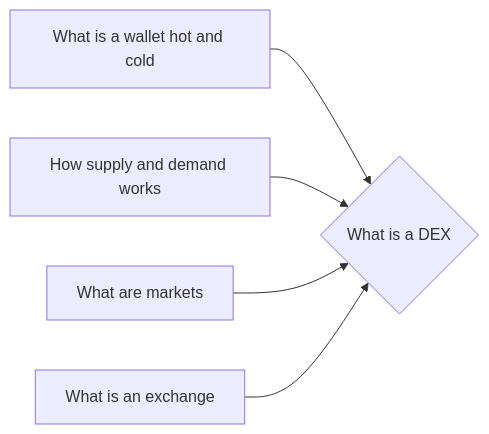
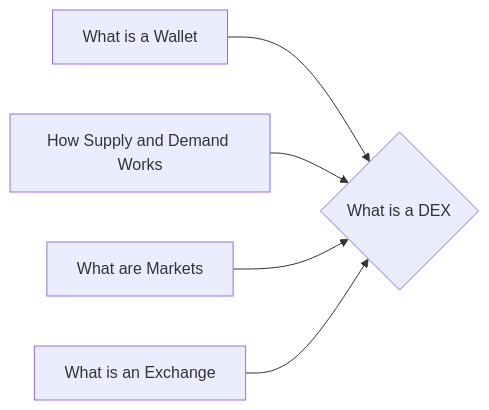
One commit to lpurdy01/crypto-knowledge-map changed the diagram in notes/What_is_a_DEX.md. Above: the diagram before and after it, drawn with Mermaid. The commit also changed 50 other files, not shown here.

````diff
--- a/notes/What_is_a_DEX.md
+++ b/notes/What_is_a_DEX.md
@@ -15,7 +15,7 @@
 ```mermaid
 graph LR
-1["What is a wallet hot and cold"]-->0{"What is a DEX"}
-2["How supply and demand works"]-->0{"What is a DEX"}
-3["What are markets"]-->0{"What is a DEX"}
-4["What is an exchange"]-->0{"What is a DEX"}
+1["What is a Wallet"]-->0{"What is a DEX"}
+2["How Supply and Demand Works"]-->0{"What is a DEX"}
+3["What are Markets"]-->0{"What is a DEX"}
+4["What is an Exchange"]-->0{"What is a DEX"}
 ```
````
